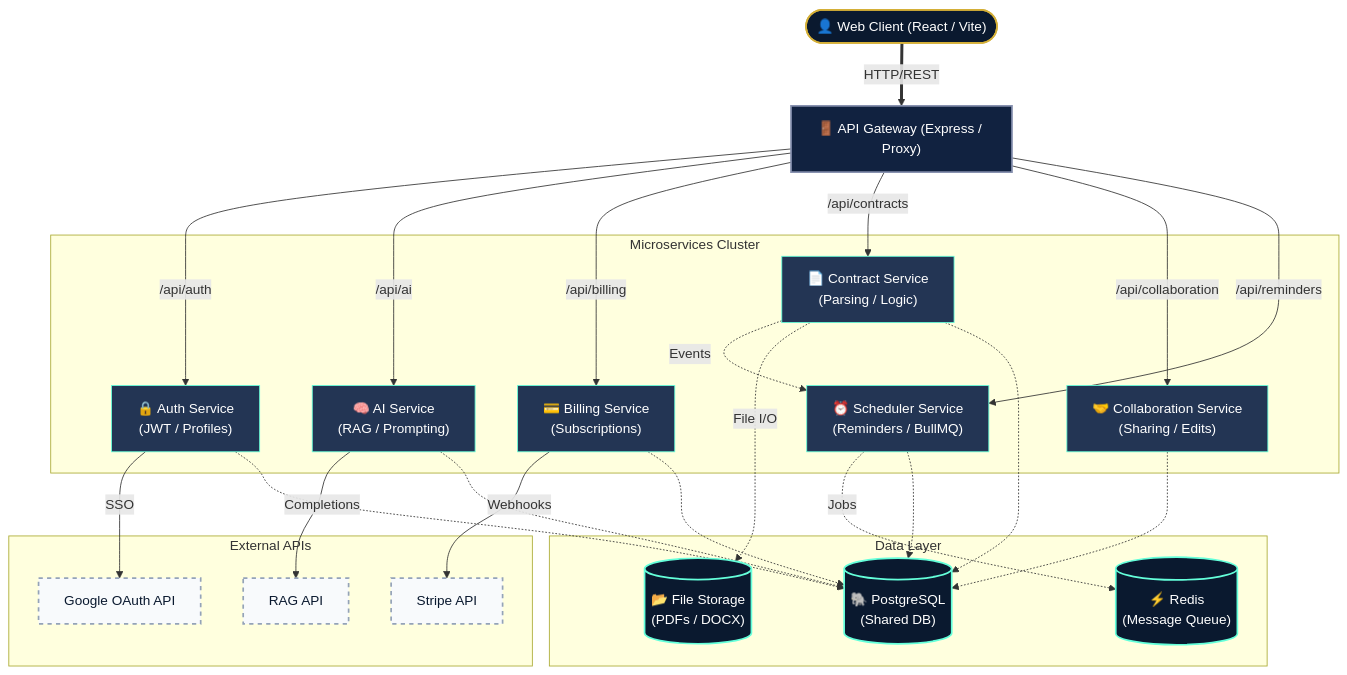
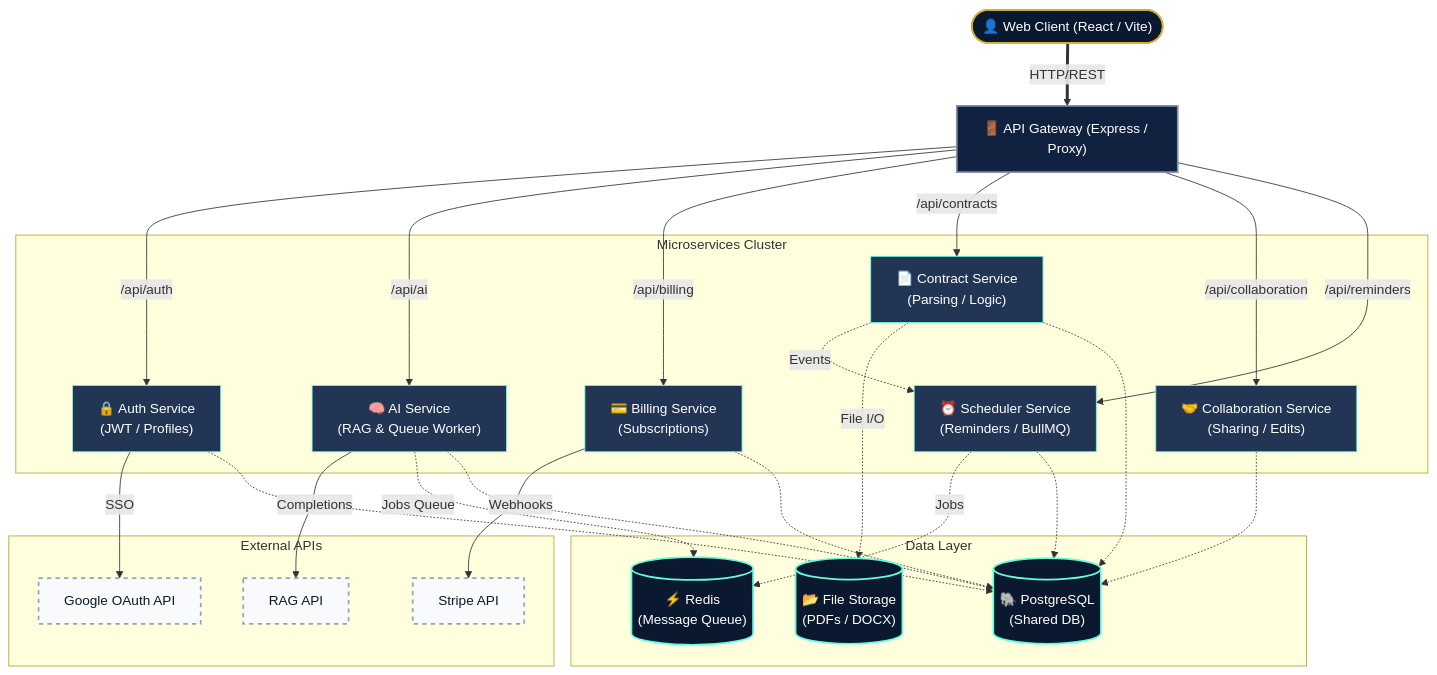
One commit to Sushrut-B/ClauseGuard- changed the diagram in README.md. Above: the diagram before and after it, drawn with Mermaid. The commit also changed other lines of this file, not shown here.

Commit message:
docs: Update README with new system features and architecture queue mapping

````diff
--- a/README.md
+++ b/README.md
@@ -23,65 +27,66 @@
 ```mermaid
 graph TD
     %% Styling Configuration
     classDef client fill:#0A192F,stroke:#d4af37,stroke-width:2px,color:#fff;
     classDef gateway fill:#112240,stroke:#8892B0,stroke-width:2px,color:#fff;
     classDef service fill:#233554,stroke:#64ffda,stroke-width:1px,color:#fff;
     classDef ext fill:#f8fafc,stroke:#94a3b8,stroke-width:2px,color:#0A192F,stroke-dasharray: 5 5;
     classDef db fill:#0A192F,stroke:#64ffda,stroke-width:2px,color:#fff;
 
     %% Client and Gateway
     User(["👤 Web Client (React / Vite)"]):::client
     Gateway["🚪 API Gateway (Express / Proxy)"]:::gateway
     
     User ==>|HTTP/REST| Gateway
 
     %% Microservices Layer
     subgraph Microservices Cluster
         Auth["🔒 Auth Service<br/>(JWT / Profiles)"]:::service
-        AI["🧠 AI Service<br/>(RAG / Prompting)"]:::service
+        AI["🧠 AI Service<br/>(RAG & Queue Worker)"]:::service
         Billing["💳 Billing Service<br/>(Subscriptions)"]:::service
         Contract["📄 Contract Service<br/>(Parsing / Logic)"]:::service
         Collab["🤝 Collaboration Service<br/>(Sharing / Edits)"]:::service
         Scheduler["⏰ Scheduler Service<br/>(Reminders / BullMQ)"]:::service
     end
     
     %% API Routing
     Gateway -->|/api/auth| Auth
     Gateway -->|/api/ai| AI
     Gateway -->|/api/billing| Billing
     Gateway -->|/api/contracts| Contract
     Gateway -->|/api/collaboration| Collab
     Gateway -->|/api/reminders| Scheduler
 
     %% External APIs Layer
     subgraph External APIs
         GoogleAuth["Google OAuth API"]:::ext
         RAGAPI["RAG API"]:::ext
         StripeAPI["Stripe API"]:::ext
     end
 
     %% External Integrations
     Auth -->|SSO| GoogleAuth
     AI -->|Completions| RAGAPI
     Billing -->|Webhooks| StripeAPI
 
     %% Data Layer
     subgraph Data Layer
         DB[("🐘 PostgreSQL<br/>(Shared DB)")]:::db
         Redis[("⚡ Redis<br/>(Message Queue)")]:::db
         Storage[("📂 File Storage<br/>(PDFs / DOCX)")]:::db
     end
     
     %% Internal Service Logic
     Contract -.->|Events| Scheduler
     Contract -.->|File I/O| Storage
     Scheduler -.->|Jobs| Redis
+    AI -.->|Jobs Queue| Redis
 
     %% Database Connections (Dotted lines for cleaner layout)
     Auth -.-> DB
     AI -.-> DB
     Billing -.-> DB
     Contract -.-> DB
     Collab -.-> DB
     Scheduler -.-> DB
 ```
````
